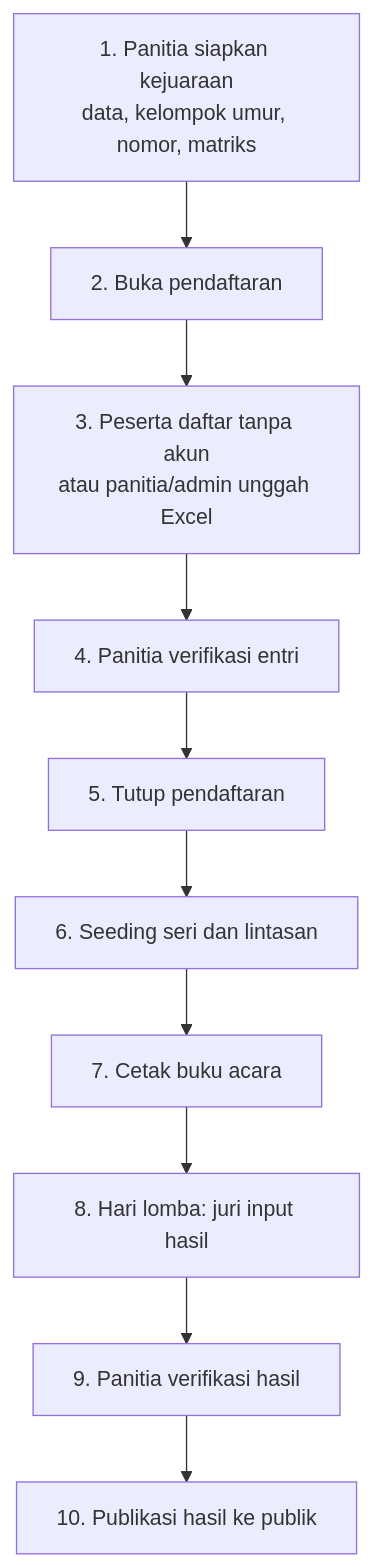
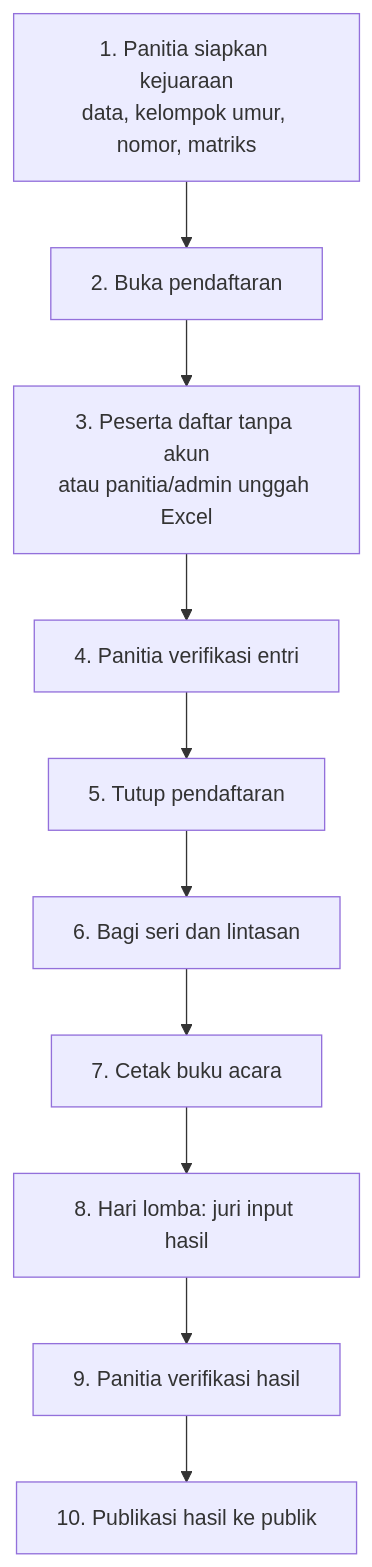
Before and after one commit to arroofi07/searia: the diagram in docs/cara-pemakaian.md, drawn with Mermaid. The commit also changed other lines of this file and 10 other files, not shown here.

````diff
--- a/docs/cara-pemakaian.md
+++ b/docs/cara-pemakaian.md
@@ -23,12 +23,12 @@
 ```mermaid
 flowchart TD
     A["1. Panitia siapkan kejuaraan<br/>data, kelompok umur, nomor, matriks"] --> B["2. Buka pendaftaran"]
     B --> C["3. Peserta daftar tanpa akun<br/>atau panitia/admin unggah Excel"]
     C --> D["4. Panitia verifikasi entri"]
     D --> E["5. Tutup pendaftaran"]
-    E --> F["6. Seeding seri dan lintasan"]
+    E --> F["6. Bagi seri dan lintasan"]
     F --> G["7. Cetak buku acara"]
     G --> H["8. Hari lomba: juri input hasil"]
     H --> I["9. Panitia verifikasi hasil"]
     I --> J["10. Publikasi hasil ke publik"]
 ```
````
